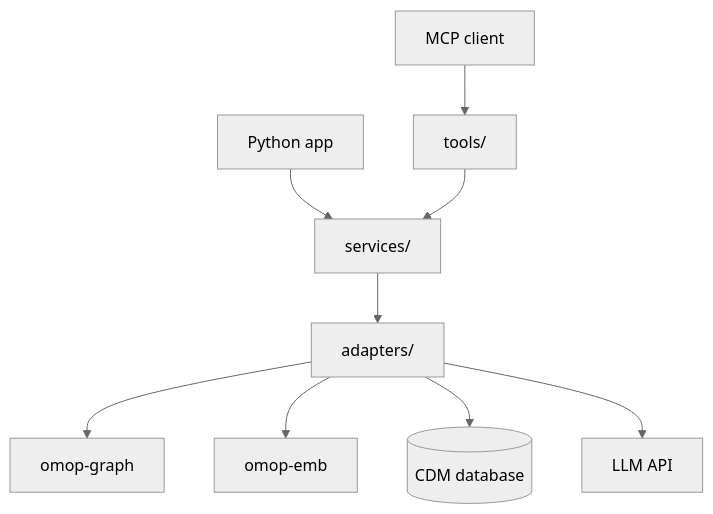
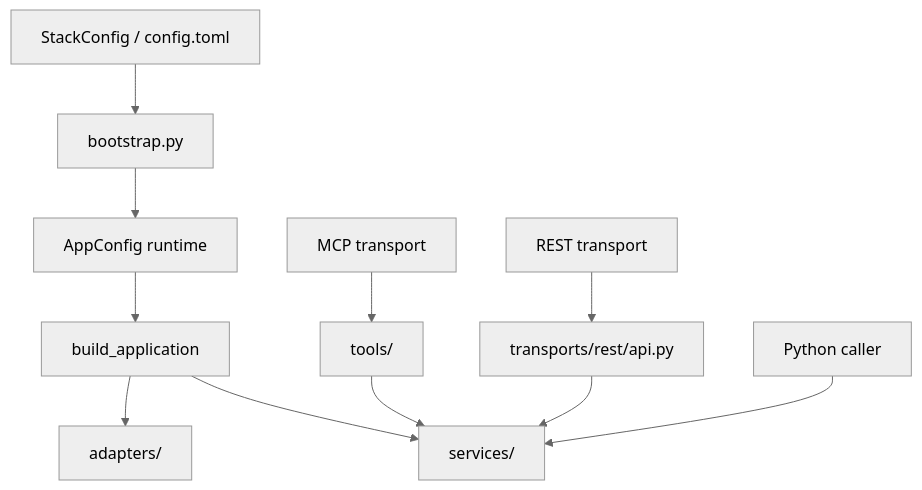
The first of 2 diagrams in docs/architecture.md (AustralianCancerDataNetwork/groundworkers), drawn with Mermaid (neutral theme) before and after one commit. The commit also changed other lines of this file and 85 other files, not shown here.

````diff
--- a/docs/architecture.md
+++ b/docs/architecture.md
@@ -15,11 +9,13 @@
 ```mermaid
 flowchart TD
-    A1[Python app] --> S[services/]
-    A2[MCP client] --> T[tools/]
-    T --> S
-    S --> AD[adapters/]
-    AD --> OG[omop-graph]
-    AD --> OE[omop-emb]
-    AD --> DB[(CDM database)]
-    AD --> LM[LLM API]
+    STACK[StackConfig / config.toml] --> BOOT[bootstrap.py]
+    BOOT --> CFG[AppConfig runtime]
+    CFG --> APP[build_application]
+    APP --> ADP[adapters/]
+    APP --> SVC[services/]
+    MCP[MCP transport] --> TOOLS[tools/]
+    TOOLS --> SVC
+    REST[REST transport] --> API[transports/rest/api.py]
+    API --> SVC
+    PY[Python caller] --> SVC
 ```
````
